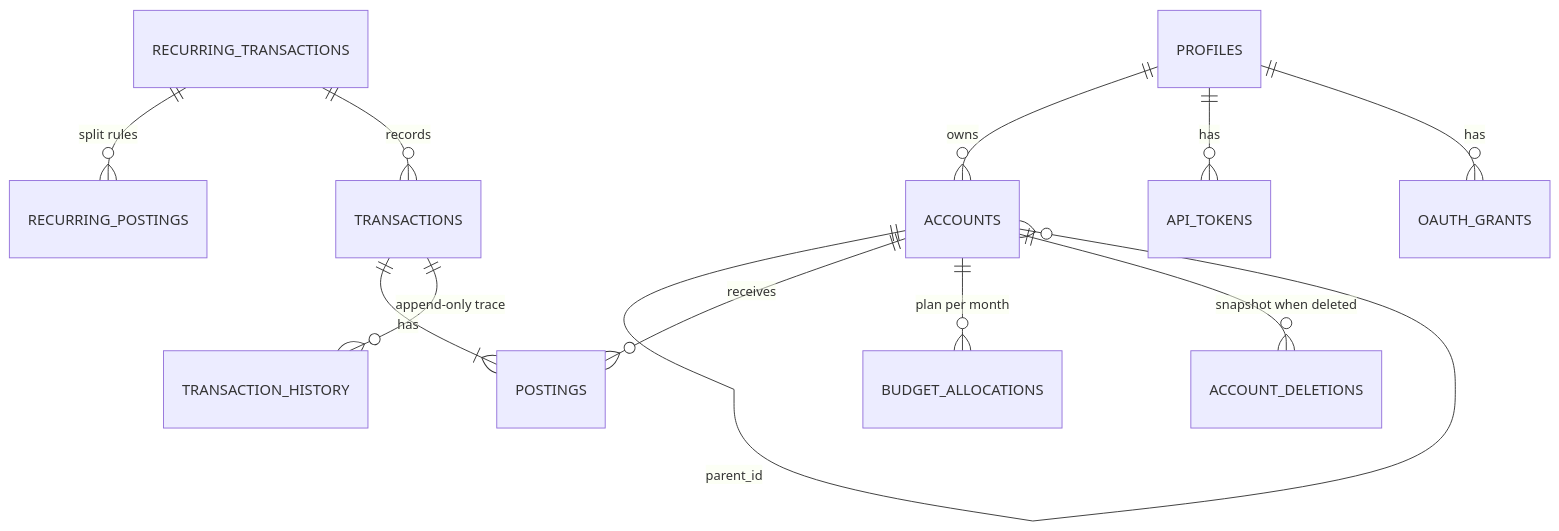
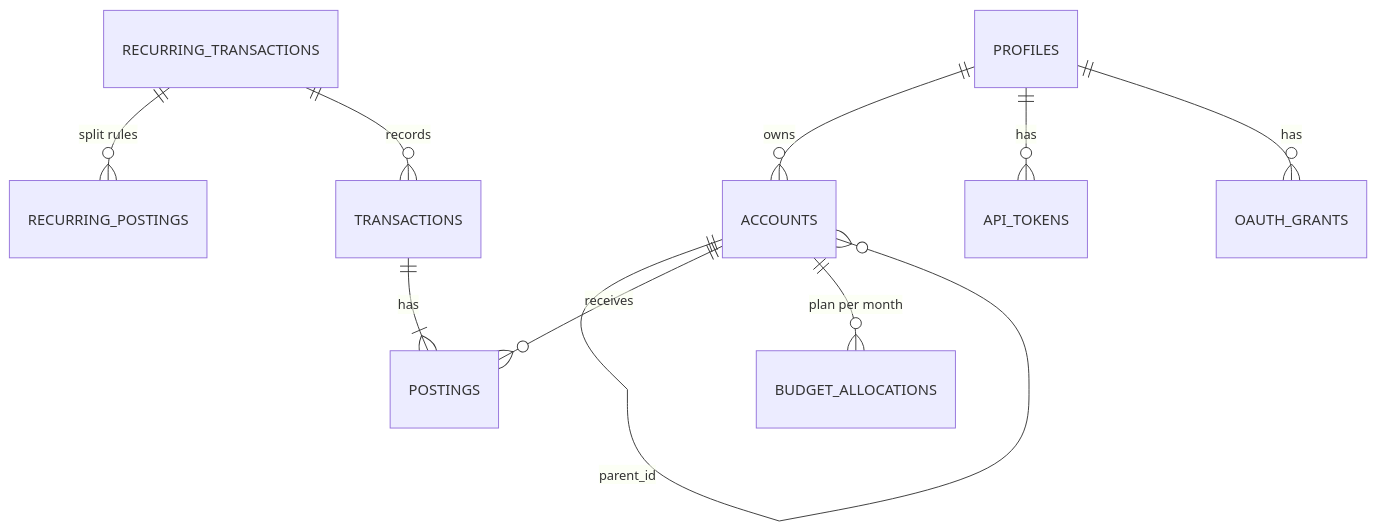
The first of 2 diagrams in docs/architecture/data-and-ops.md (bijeshmohan/finode), drawn with Mermaid before and after one commit. The commit also changed other lines of this file and 41 other files, not shown here.

First line of the commit message:
Remove all history: undo, Recently deleted, change logs and the tables behind them

````diff
--- a/docs/architecture/data-and-ops.md
+++ b/docs/architecture/data-and-ops.md
@@ -7,14 +7,12 @@
 ```mermaid
 erDiagram
     PROFILES ||--o{ ACCOUNTS : owns
     ACCOUNTS ||--o{ ACCOUNTS : "parent_id"
     ACCOUNTS ||--o{ POSTINGS : receives
     TRANSACTIONS ||--|{ POSTINGS : has
-    TRANSACTIONS ||--o{ TRANSACTION_HISTORY : "append-only trace"
     ACCOUNTS ||--o{ BUDGET_ALLOCATIONS : "plan per month"
     RECURRING_TRANSACTIONS ||--o{ RECURRING_POSTINGS : "split rules"
     RECURRING_TRANSACTIONS ||--o{ TRANSACTIONS : "records"
-    ACCOUNTS ||--o{ ACCOUNT_DELETIONS : "snapshot when deleted"
     PROFILES ||--o{ API_TOKENS : has
     PROFILES ||--o{ OAUTH_GRANTS : has
 ```
````
